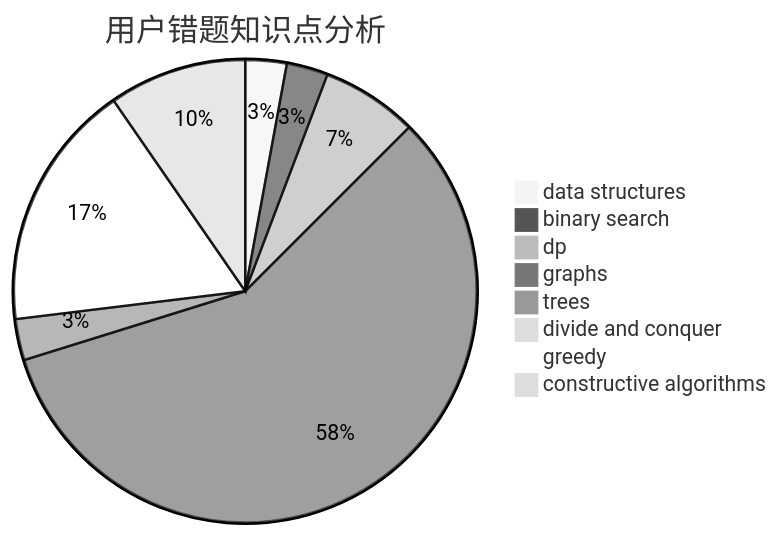
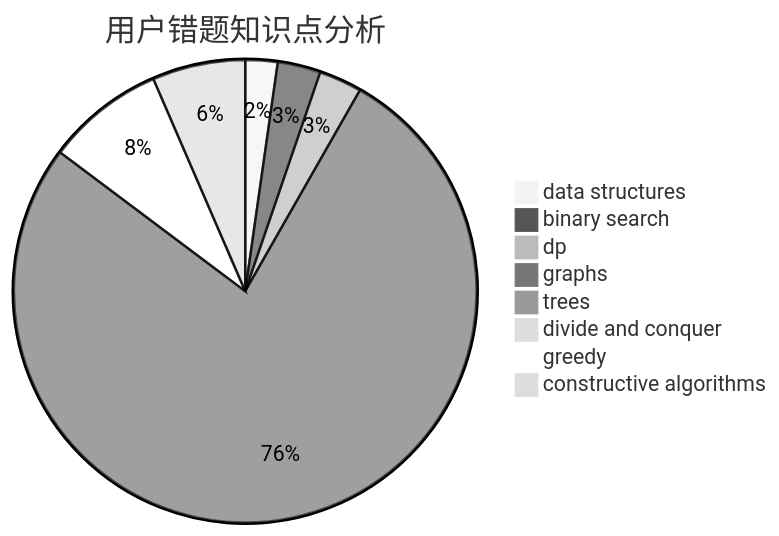
One commit to sherpahu/cfrs.github.io changed the third of 3 diagrams in docs/user/u725.md. Above: the diagram before and after it, drawn with Mermaid (neutral theme). The commit also changed other lines of this file and 2770 other files, not shown here.

````diff
--- a/docs/user/u725.md
+++ b/docs/user/u725.md
@@ -36,11 +36,11 @@
 ```mermaid
 pie title 用户错题知识点分析
-    "data structures" :  3
-    "binary search" :  3
-    "dp" :  7
-    "graphs" :  60
+    "data structures" :  9
+    "binary search" :  12
+    "dp" :  12
+    "graphs" :  308
     "trees" :  3
-    "divide and conquer" :  0
-    "greedy" :  18
-    "constructive algorithms" :  10
+    "divide and conquer" :  2
+    "greedy" :  33
+    "constructive algorithms" :  26
 ```
````
